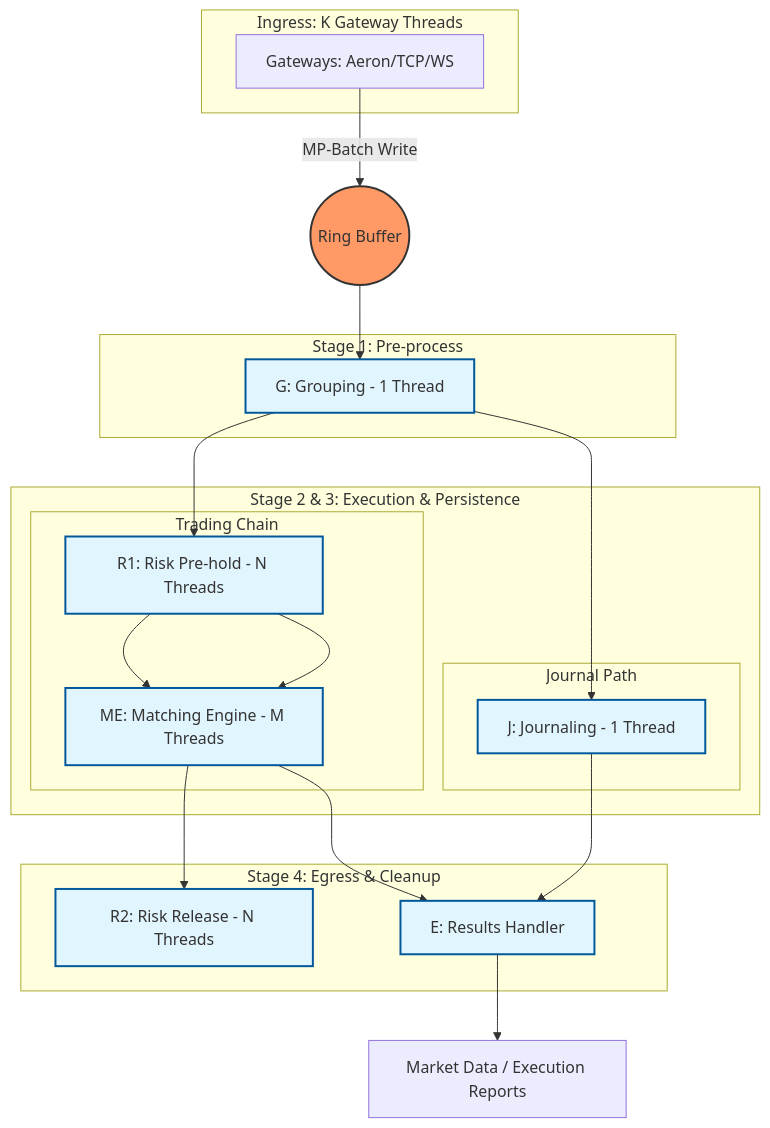
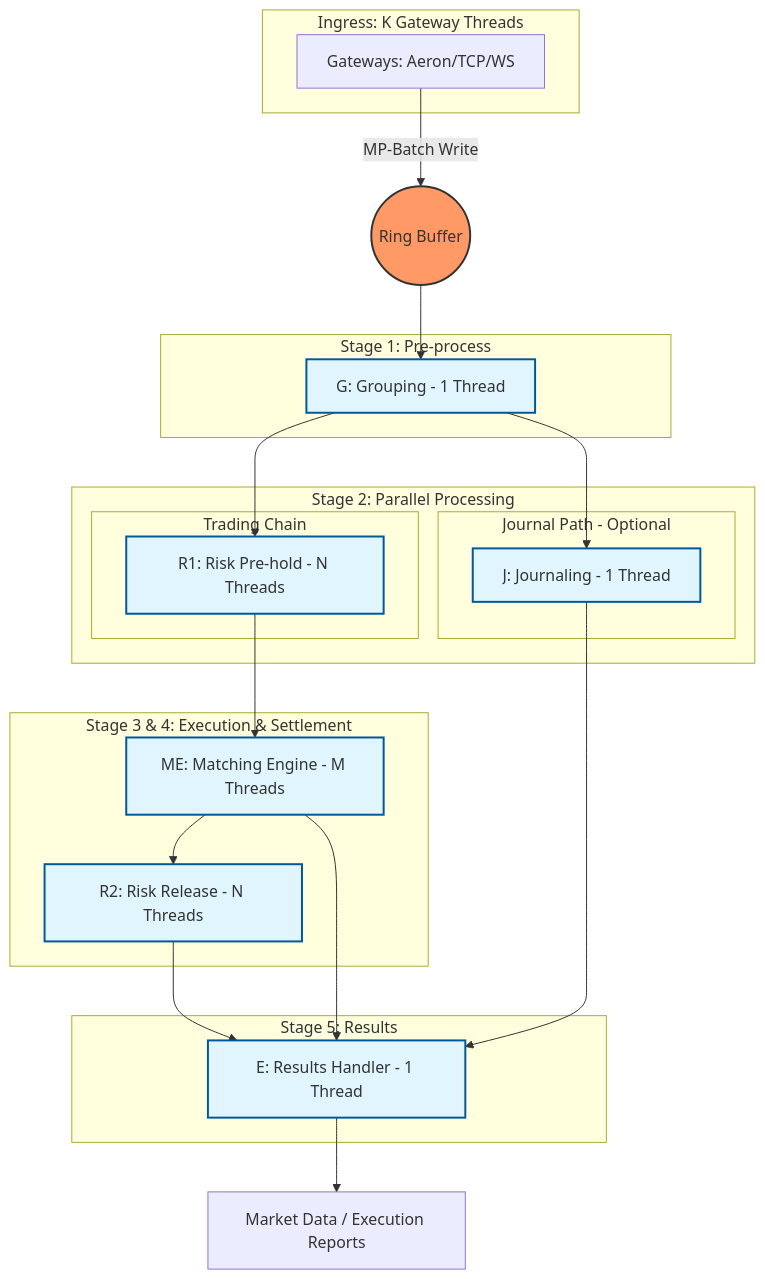
Before and after one commit to SkynetNext/exchange-cpp: the diagram in docs/ARCHITECTURE.md, drawn with Mermaid. The commit also changed other lines of this file, not shown here.

````diff
--- a/docs/ARCHITECTURE.md
+++ b/docs/ARCHITECTURE.md
@@ -19,50 +19,55 @@
 ```mermaid
 graph TD
     %% Ingress
     subgraph Ingress [Ingress: K Gateway Threads]
         GW[Gateways: Aeron/TCP/WS]
     end
 
     GW -- "MP-Batch Write" --> RB((Ring Buffer))
 
     %% Pipeline Stage 1 - Centered
     subgraph Stage1 [Stage 1: Pre-process]
         G[G: Grouping - 1 Thread]
     end
 
-    %% Pipeline Stage 2 & 3 - Centered
-    subgraph Stage2_3 [Stage 2 & 3: Execution & Persistence]
+    %% Pipeline Stage 2 - Parallel paths
+    subgraph Stage2 [Stage 2: Parallel Processing]
+        subgraph JournalPath [Journal Path - Optional]
+            J[J: Journaling - 1 Thread]
+        end
+        
         subgraph TradingChain [Trading Chain]
             R1[R1: Risk Pre-hold - N Threads]
-            --> ME[ME: Matching Engine - M Threads]
-        end
-        
-        subgraph JournalPath [Journal Path]
-            J[J: Journaling - 1 Thread]
         end
     end
 
-    %% Egress & Cleanup - Centered
-    subgraph Egress [Stage 4: Egress & Cleanup]
+    %% Pipeline Stage 3 & 4
+    subgraph Stage3_4 [Stage 3 & 4: Execution & Settlement]
+        ME[ME: Matching Engine - M Threads]
         R2[R2: Risk Release - N Threads]
-        E[E: Results Handler]
+    end
+
+    %% Pipeline Stage 5
+    subgraph Stage5 [Stage 5: Results]
+        E[E: Results Handler - 1 Thread]
     end
 
     %% Output - Centered
     Out[Market Data / Execution Reports]
 
     %% Connections
     RB --> G
     G --> R1
     G --> J
     R1 --> ME
     ME --> R2
     ME --> E
     J --> E
+    R2 --> E
     E --> Out
 
     %% Styling
     style RB fill:#f96,stroke:#333,stroke-width:2px
     classDef logic fill:#e1f5fe,stroke:#01579b,stroke-width:2px;
     class G,J,R1,ME,R2,E logic;
 ```
````
